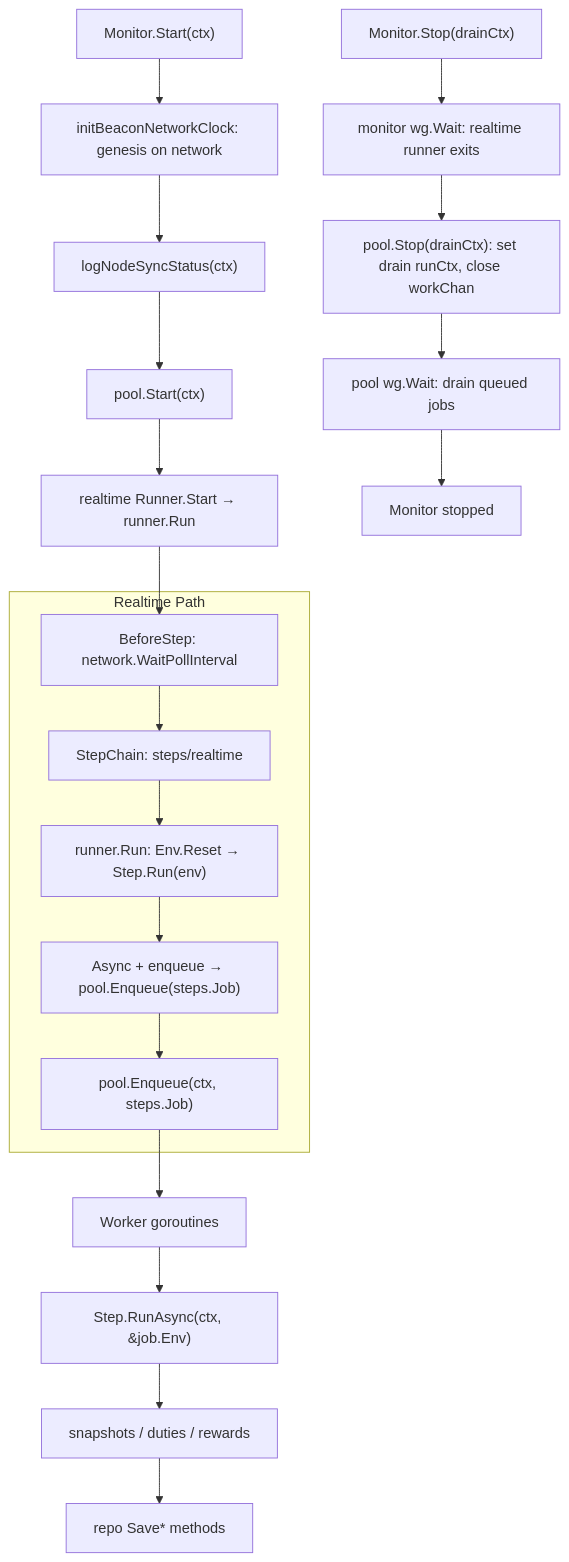
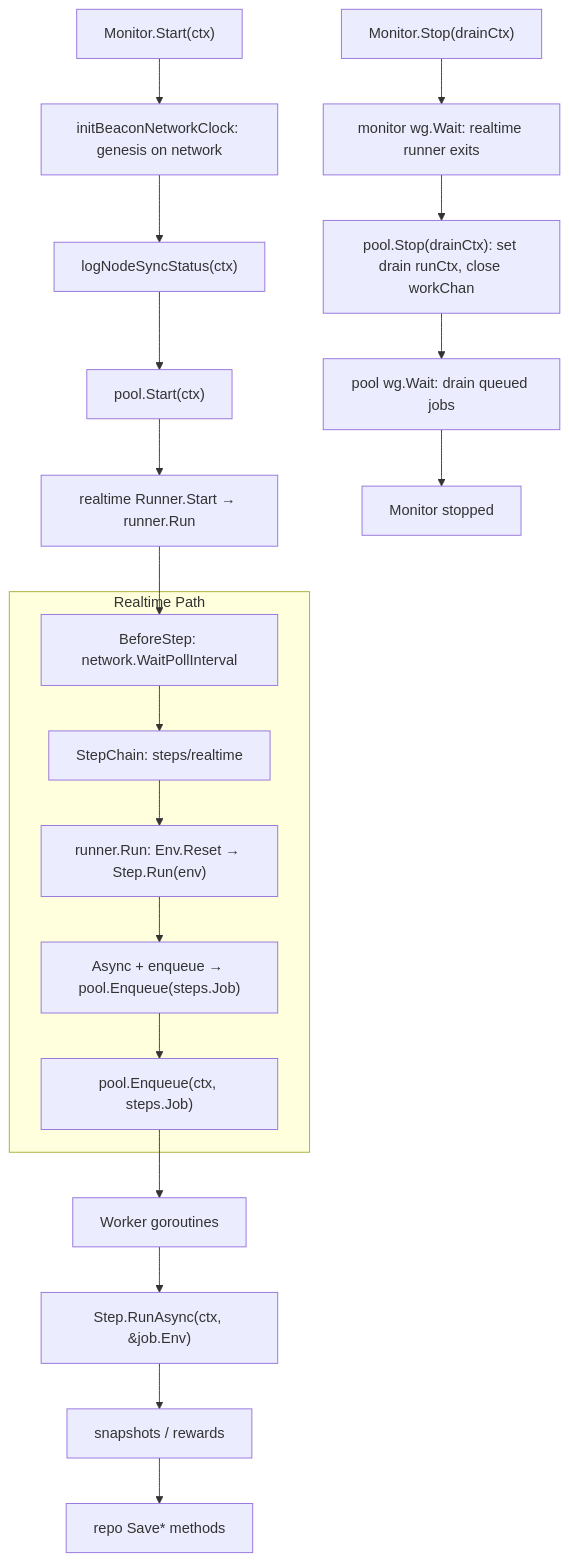
One commit to tharun-p/pauli changed the first of 3 diagrams in doc/monitor-e2e-flow.md. Above: the diagram before and after it, drawn with Mermaid. The commit also changed other lines of this file and 17 other files, not shown here.

````diff
--- a/doc/monitor-e2e-flow.md
+++ b/doc/monitor-e2e-flow.md
@@ -5,25 +5,25 @@
 ```mermaid
 flowchart TD
   Start["Monitor.Start(ctx)"] --> InitSched["initBeaconNetworkClock: genesis on network"]
   InitSched --> NodeSync["logNodeSyncStatus(ctx)"]
   NodeSync --> StartWorkers["pool.Start(ctx)"]
   StartWorkers --> StartRealtime["realtime Runner.Start → runner.Run"]
   StartRealtime --> RTWait
 
   subgraph realtimePath [Realtime Path]
     RTWait["BeforeStep: network.WaitPollInterval"] --> RTChain["StepChain: steps/realtime"]
     RTDrainEnv["runner.Run: Env.Reset → Step.Run(env)"] --> RTDrain["Async + enqueue → pool.Enqueue(steps.Job)"]
     RTChain --> RTDrainEnv
     RTDrain --> Enqueue
   end
 
   Enqueue["pool.Enqueue(ctx, steps.Job)"] --> WorkerN[Worker goroutines]
   WorkerN --> Process["Step.RunAsync(ctx, &job.Env)"]
-  Process --> Snap["snapshots / duties / rewards"]
+  Process --> Snap["snapshots / rewards"]
   Snap --> Repo[repo Save* methods]
 
   Stop["Monitor.Stop(drainCtx)"] --> WaitRt["monitor wg.Wait: realtime runner exits"]
   WaitRt --> CloseJobs["pool.Stop(drainCtx): set drain runCtx, close workChan"]
   CloseJobs --> WaitWorkers["pool wg.Wait: drain queued jobs"]
   WaitWorkers --> endNode[Monitor stopped]
 ```
````
